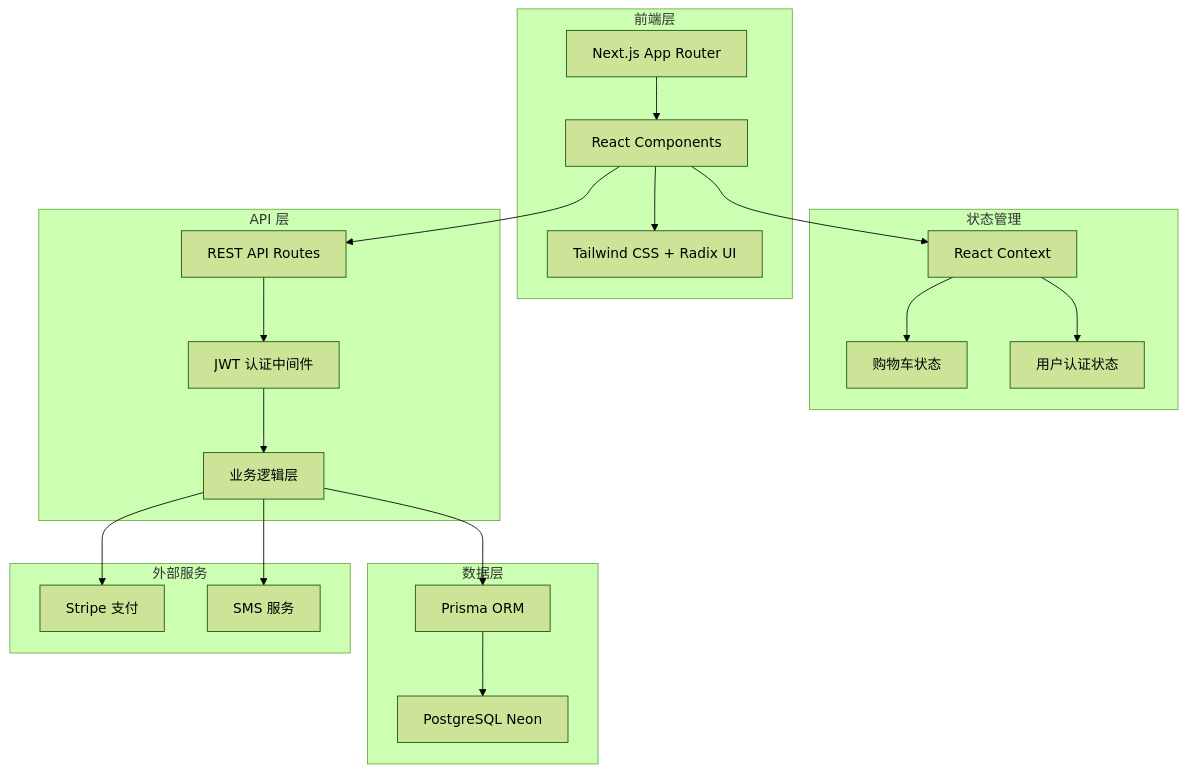
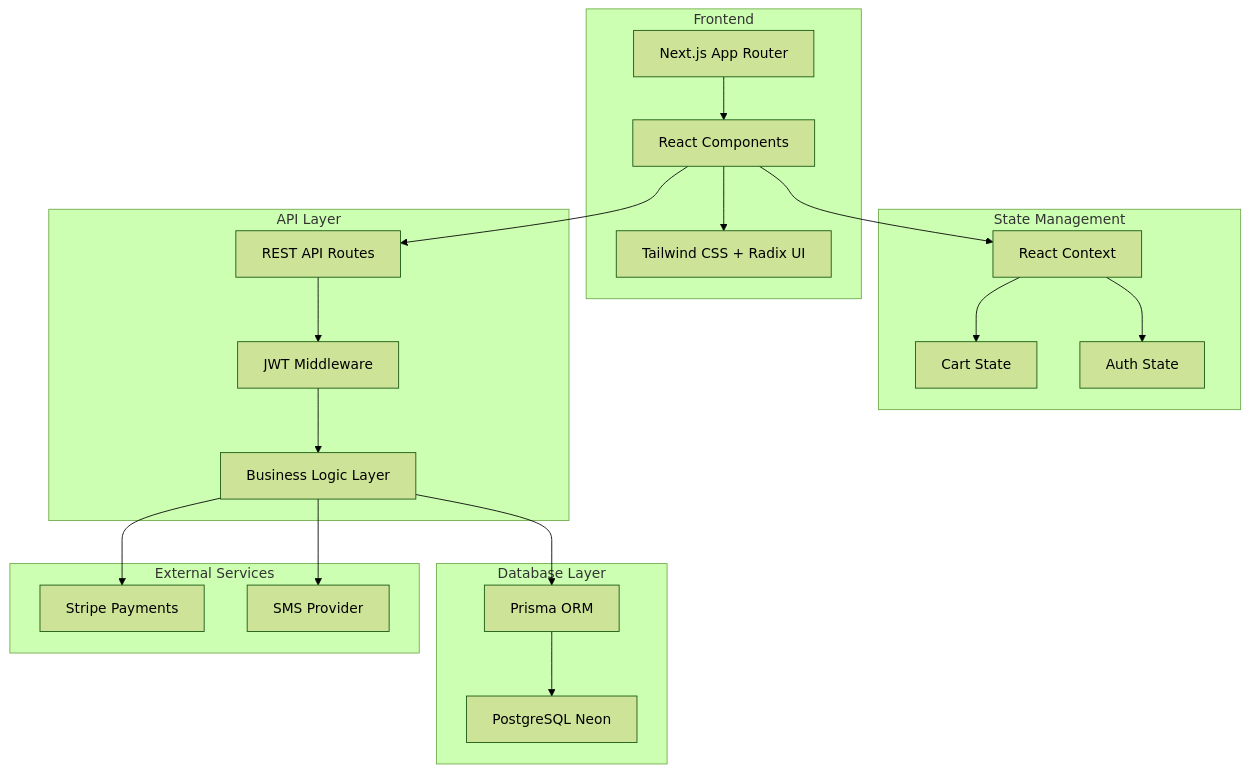
Before and after one commit to Cleffa-00/restaurant-order-system: the diagram in README.md, drawn with Mermaid (forest theme). The commit also changed other lines of this file and 13 other files, not shown here.

````diff
--- a/README.md
+++ b/README.md
@@ -64,33 +68,32 @@
 ```mermaid
 graph TB
-    subgraph "前端层"
+    subgraph "Frontend"
         A[Next.js App Router] --> B[React Components]
         B --> C[Tailwind CSS + Radix UI]
     end
-    
-    subgraph "状态管理"
-        D[React Context] --> E[购物车状态]
-        D --> F[用户认证状态]
+
+    subgraph "State Management"
+        D[React Context] --> E[Cart State]
+        D --> F[Auth State]
     end
-    
-    subgraph "API 层"
-        G[REST API Routes] --> H[JWT 认证中间件]
-        H --> I[业务逻辑层]
+
+    subgraph "API Layer"
+        G[REST API Routes] --> H[JWT Middleware]
+        H --> I[Business Logic Layer]
     end
-    
-    subgraph "数据层"
+
+    subgraph "Database Layer"
         I --> J[Prisma ORM]
         J --> K[PostgreSQL Neon]
     end
-    
-    subgraph "外部服务"
-        L[Stripe 支付]
-        M[SMS 服务]
+
+    subgraph "External Services"
+        L[Stripe Payments]
+        M[SMS Provider]
     end
-    
+
     B --> D
     B --> G
     I --> L
     I --> M
-
 ```
````
